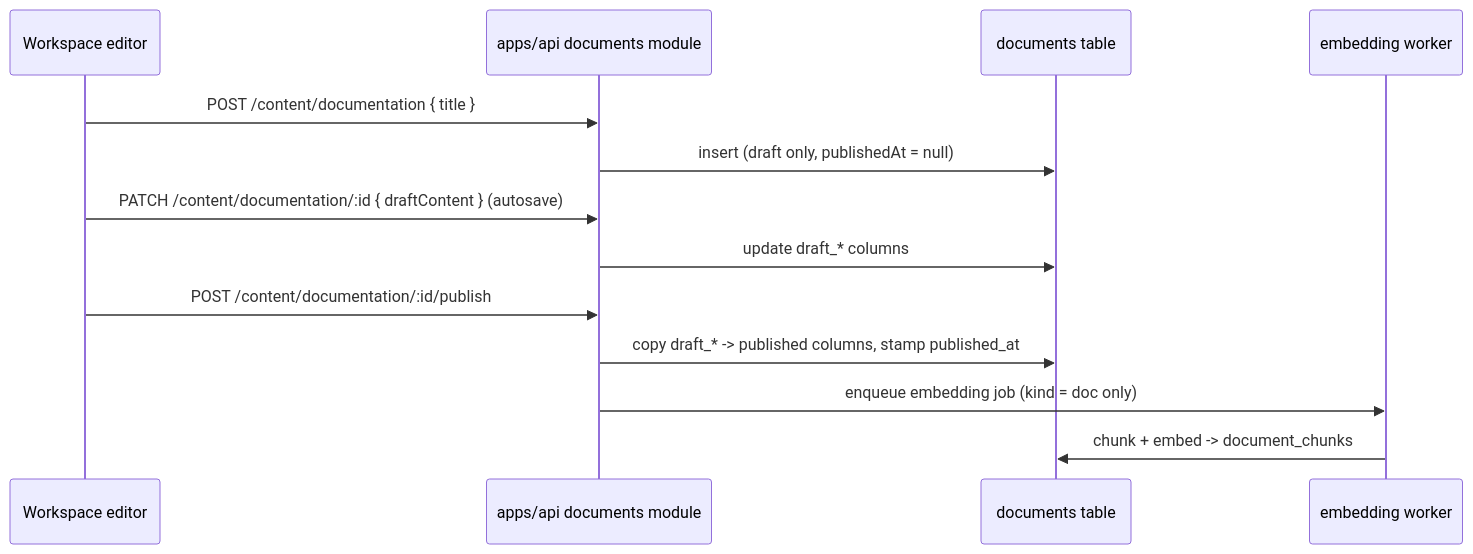
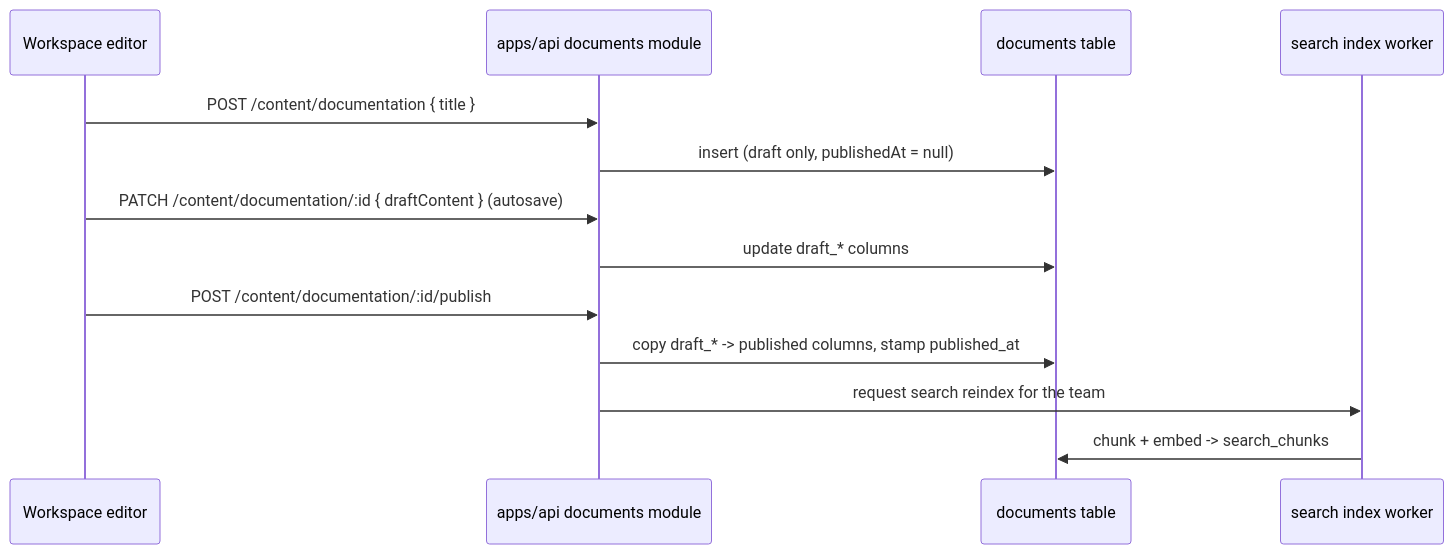
One commit to codelitdev/frontlit changed the second of 3 diagrams in docs/architecture.md. Above: the diagram before and after it, drawn with Mermaid. The commit also changed other lines of this file and 64 other files, not shown here.

````diff
--- a/docs/architecture.md
+++ b/docs/architecture.md
@@ -512,16 +512,16 @@
 ```mermaid
 sequenceDiagram
     participant U as Workspace editor
     participant A as apps/api documents module
     participant DB as documents table
-    participant W as embedding worker
+    participant W as search index worker
 
     U->>A: POST /content/documentation { title }
     A->>DB: insert (draft only, publishedAt = null)
     U->>A: PATCH /content/documentation/:id { draftContent } (autosave)
     A->>DB: update draft_* columns
     U->>A: POST /content/documentation/:id/publish
     A->>DB: copy draft_* -> published columns, stamp published_at
-    A->>W: enqueue embedding job (kind = doc only)
-    W->>DB: chunk + embed -> document_chunks
+    A->>W: request search reindex for the team
+    W->>DB: chunk + embed -> search_chunks
 ```
````
